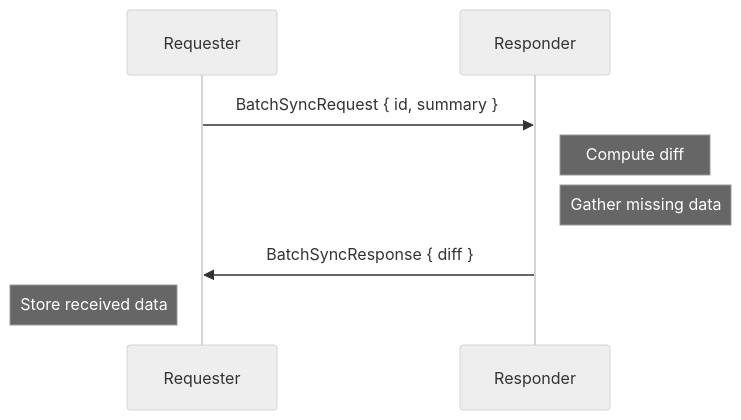
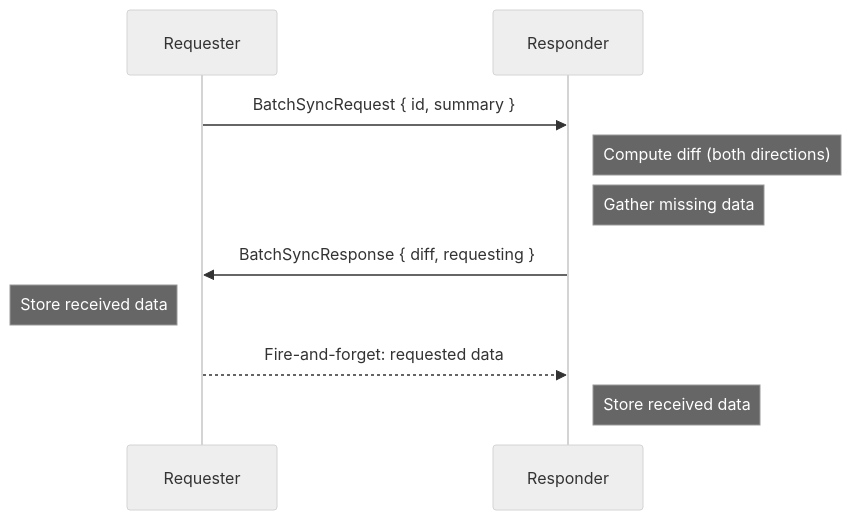
Before and after one commit to inkandswitch/subduction: the first of 3 diagrams in design/sync/batch.md, drawn with Mermaid (neutral theme). The commit also changed other lines of this file and 72 other files, not shown here.

````diff
--- a/design/sync/batch.md
+++ b/design/sync/batch.md
@@ -12,12 +16,15 @@
 ```mermaid
 sequenceDiagram
     participant A as Requester
     participant B as Responder
 
     A->>B: BatchSyncRequest { id, summary }
-    Note right of B: Compute diff
+    Note right of B: Compute diff (both directions)
     Note right of B: Gather missing data
 
-    B->>A: BatchSyncResponse { diff }
+    B->>A: BatchSyncResponse { diff, requesting }
     Note left of A: Store received data
+
+    A-->>B: Fire-and-forget: requested data
+    Note right of B: Store received data
 ```
````
